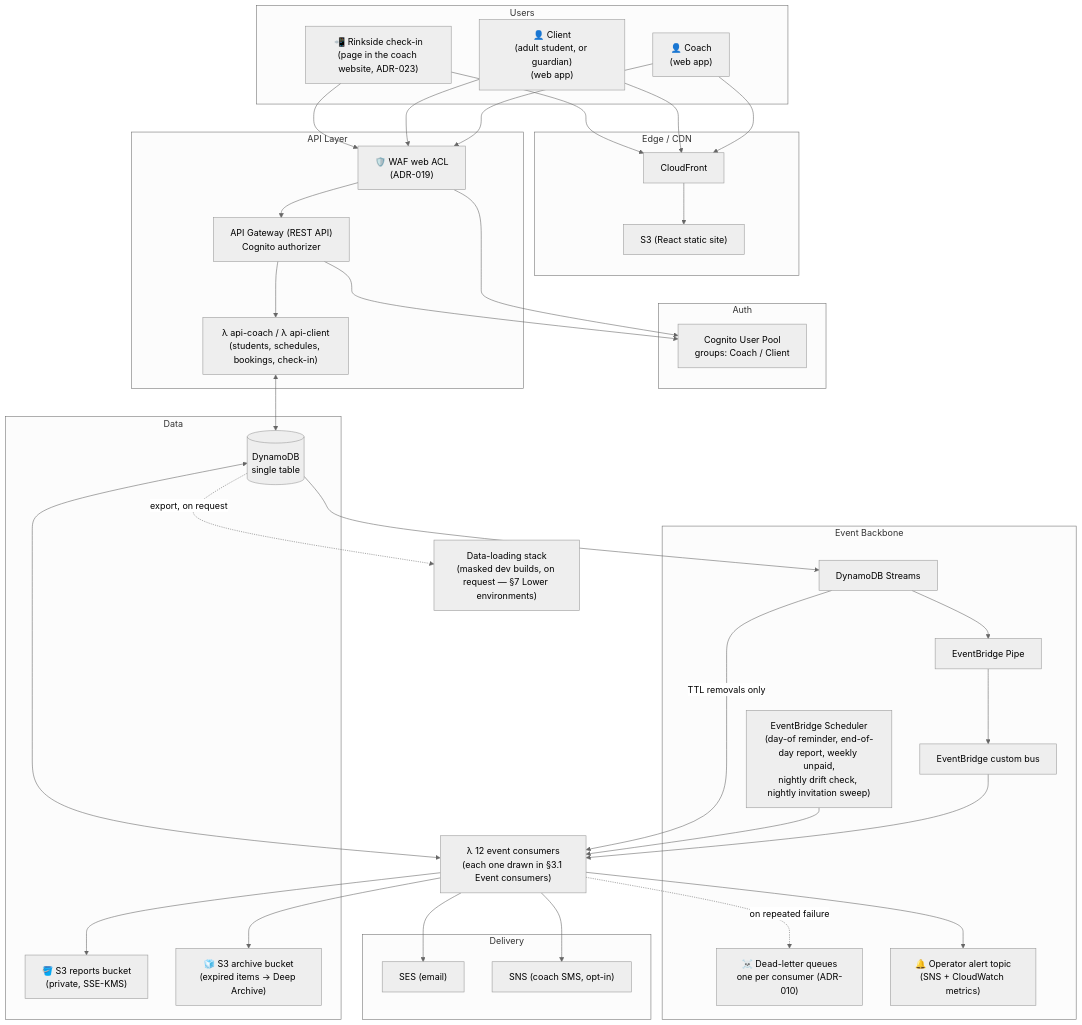
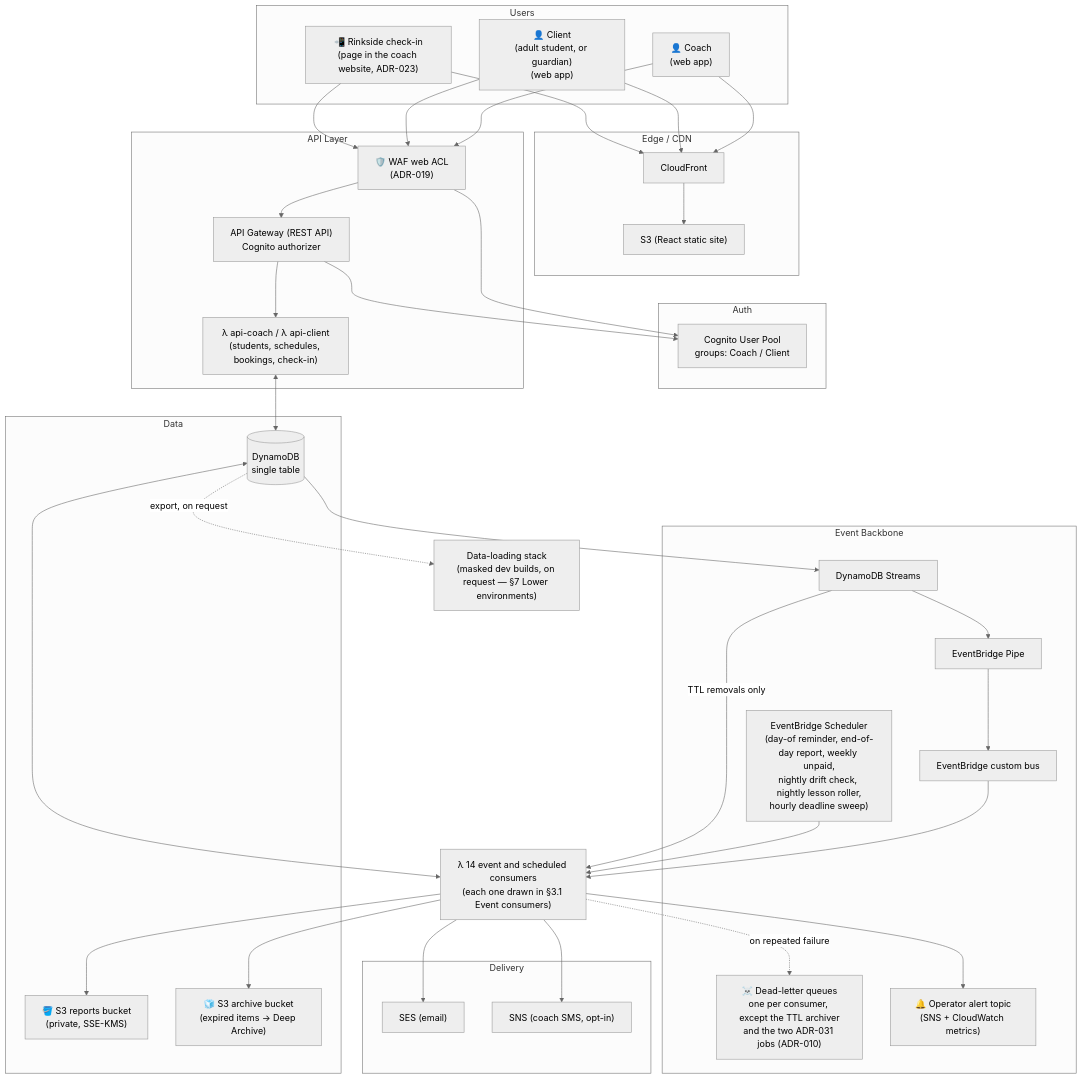
One commit to jessicamvega6/bladebook changed the first of 23 diagrams in docs/architecture.md. Above: the diagram before and after it, drawn with Mermaid (neutral theme). The commit also changed other lines of this file and 26 other files, not shown here.

First line of the commit message:
Design doc updates: diagrams synced, shared-lesson and leave rules

````diff
--- a/docs/architecture.md
+++ b/docs/architecture.md
@@ -65,71 +82,71 @@
 ```mermaid
 flowchart TB
     subgraph Users
         Coach["👤 Coach<br/>(web app)"]
         Client["👤 Client<br/>(adult student, or guardian)<br/>(web app)"]
         CheckIn["📲 Rinkside check-in<br/>(page in the coach website, ADR-023)"]
     end
 
     subgraph Edge["Edge / CDN"]
         CF["CloudFront"]
         S3["S3 (React static site)"]
     end
 
     subgraph Auth
         Cognito["Cognito User Pool<br/>groups: Coach / Client"]
     end
 
     subgraph API["API Layer"]
         WAF["🛡️ WAF web ACL<br/>(ADR-019)"]
         APIGW["API Gateway (REST API)<br/>Cognito authorizer"]
         L_Api["λ api-coach / λ api-client<br/>(students, schedules, bookings, check-in)"]
     end
 
     subgraph Events["Event Backbone"]
         Stream["DynamoDB Streams"]
         Pipe["EventBridge Pipe"]
         Bus["EventBridge custom bus"]
-        Sched["EventBridge Scheduler<br/>(day-of reminder, end-of-day report, weekly unpaid,<br/>nightly drift check, nightly invitation sweep)"]
-        DLQ["☠️ Dead-letter queues<br/>one per consumer (ADR-010)"]
+        Sched["EventBridge Scheduler<br/>(day-of reminder, end-of-day report, weekly unpaid,<br/>nightly drift check, nightly lesson roller,<br/>hourly deadline sweep)"]
+        DLQ["☠️ Dead-letter queues<br/>one per consumer, except the TTL archiver<br/>and the two ADR-031 jobs (ADR-010)"]
         Alerts["🔔 Operator alert topic<br/>(SNS + CloudWatch metrics)"]
     end
 
-    Consumers["λ 12 event consumers<br/>(each one drawn in §3.1 Event consumers)"]
+    Consumers["λ 14 event and scheduled consumers<br/>(each one drawn in §3.1 Event consumers)"]
 
     subgraph Data
         DDB[("DynamoDB<br/>single table")]
         Reports["🪣 S3 reports bucket<br/>(private, SSE-KMS)"]
         Archive["🧊 S3 archive bucket<br/>(expired items → Deep Archive)"]
     end
 
     DataLoadRef["Data-loading stack<br/>(masked dev builds, on request — §7 Lower environments)"]
 
     subgraph Notify["Delivery"]
         SES["SES (email)"]
         SNS["SNS (coach SMS, opt-in)"]
     end
 
     Coach --> CF
     Client --> CF
     CheckIn --> CF
     CF --> S3
     Coach & Client & CheckIn --> WAF
     WAF --> Cognito
     WAF --> APIGW
     APIGW --> Cognito
     APIGW --> L_Api
     L_Api <--> DDB
 
     DDB --> Stream --> Pipe --> Bus
     Bus --> Consumers
     Sched --> Consumers
     Stream -->|TTL removals only| Consumers
     Consumers <--> DDB
     Consumers --> SES & SNS
     Consumers --> Reports
     Consumers --> Archive
     Consumers --> Alerts
     Consumers -.->|on repeated failure| DLQ
 
     DDB -.->|export, on request| DataLoadRef
 ```
````
